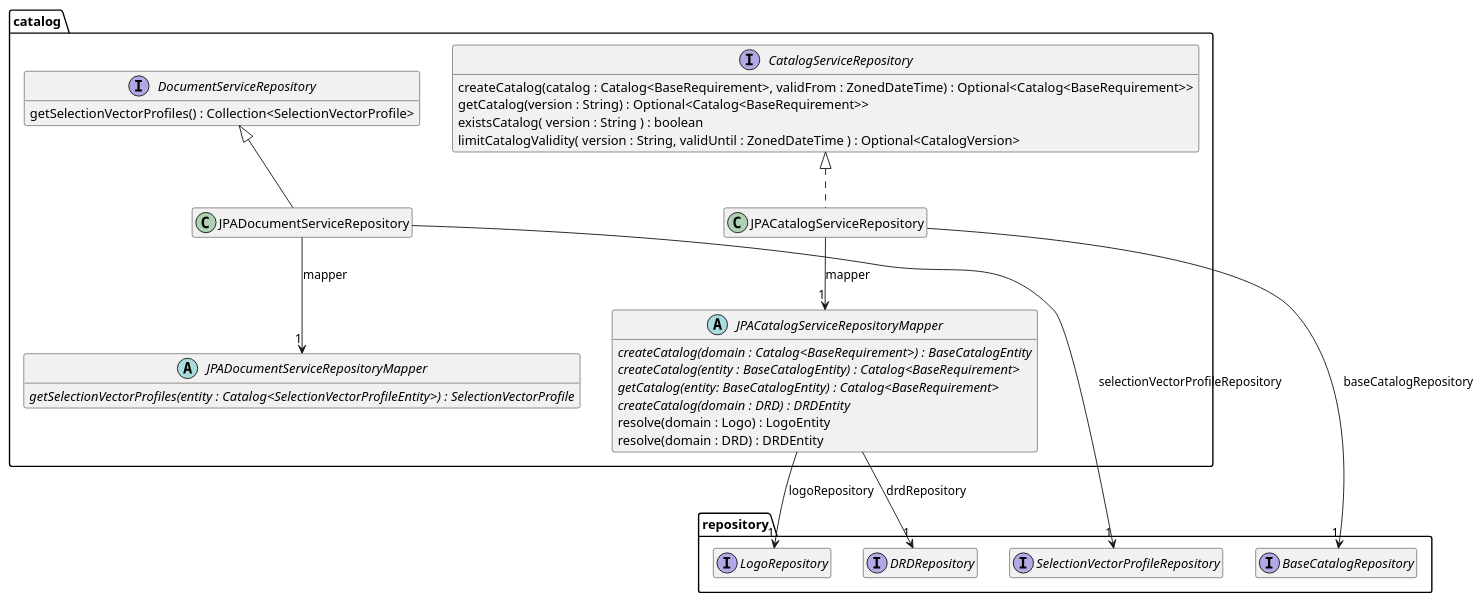
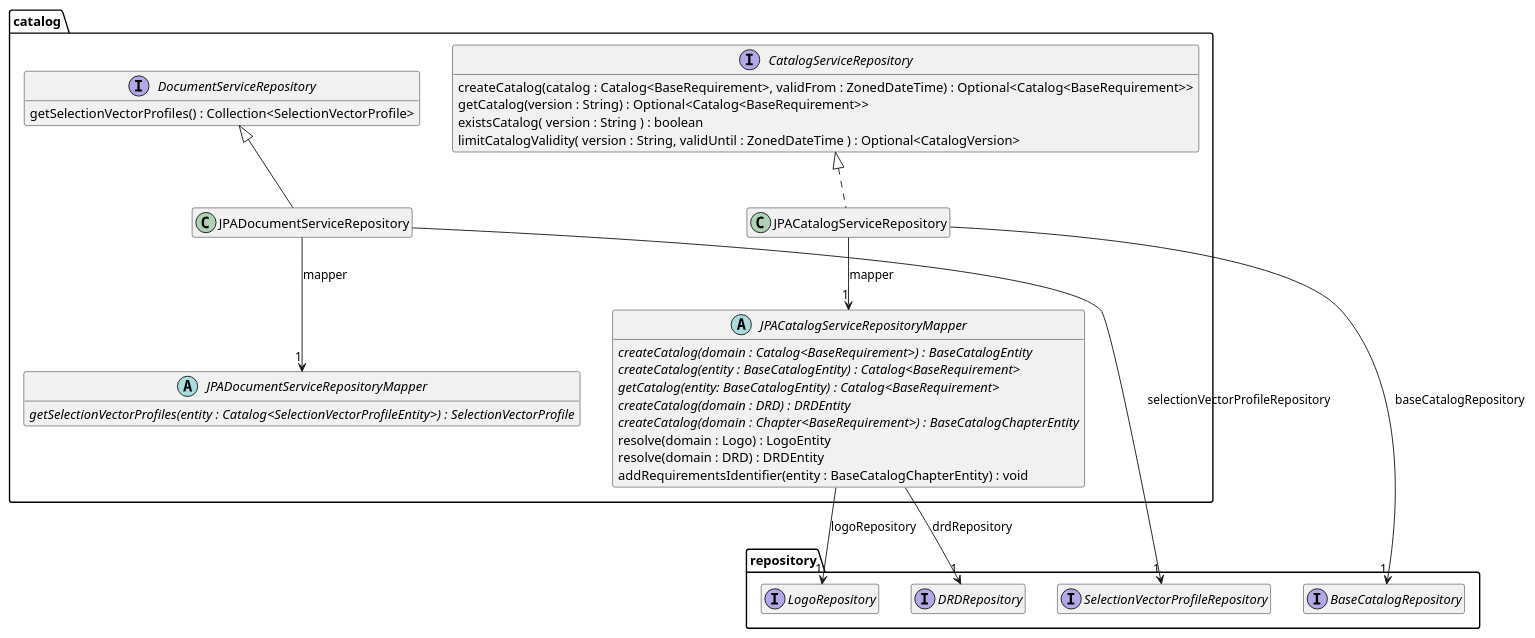
The diagram in src/site/arc42/plantuml/data-jpa/catalog/Ebene3.plantuml (tailoringexpert/platform), drawn with PlantUML before and after one commit. The commit also changed 6 other files, not shown here.

```diff
--- a/src/site/arc42/plantuml/data-jpa/catalog/Ebene3.plantuml
+++ b/src/site/arc42/plantuml/data-jpa/catalog/Ebene3.plantuml
@@ -1,52 +1,55 @@
 @startuml Ebene3.png
 hide empty members
 
 package repository {
     interface BaseCatalogRepository
     interface LogoRepository
     interface DRDRepository
     interface SelectionVectorProfileRepository
 
 }
 package catalog {
     interface CatalogServiceRepository {
         createCatalog(catalog : Catalog<BaseRequirement>, validFrom : ZonedDateTime) : Optional<Catalog<BaseRequirement>>
         getCatalog(version : String) : Optional<Catalog<BaseRequirement>>
         existsCatalog( version : String ) : boolean
         limitCatalogValidity( version : String, validUntil : ZonedDateTime ) : Optional<CatalogVersion>
     }
 
     abstract JPACatalogServiceRepositoryMapper {
         {abstract} createCatalog(domain : Catalog<BaseRequirement>) : BaseCatalogEntity
         {abstract} createCatalog(entity : BaseCatalogEntity) : Catalog<BaseRequirement>
         {abstract} getCatalog(entity: BaseCatalogEntity) : Catalog<BaseRequirement>
         {abstract} createCatalog(domain : DRD) : DRDEntity
+        {abstract} createCatalog(domain : Chapter<BaseRequirement>) : BaseCatalogChapterEntity
         resolve(domain : Logo) : LogoEntity
         resolve(domain : DRD) : DRDEntity
+        addRequirementsIdentifier(entity : BaseCatalogChapterEntity) : void
+
     }
     JPACatalogServiceRepositoryMapper --> "1" LogoRepository : logoRepository
     JPACatalogServiceRepositoryMapper --> "1" DRDRepository : drdRepository
 
     class JPACatalogServiceRepository {
     }
 
     CatalogServiceRepository <|.. JPACatalogServiceRepository
     JPACatalogServiceRepository --> "1" JPACatalogServiceRepositoryMapper : mapper
     JPACatalogServiceRepository --> "1" BaseCatalogRepository : baseCatalogRepository
 
     abstract JPADocumentServiceRepositoryMapper {
         {abstract} getSelectionVectorProfiles(entity : Catalog<SelectionVectorProfileEntity>) : SelectionVectorProfile
     }
 
     interface DocumentServiceRepository {
         getSelectionVectorProfiles() : Collection<SelectionVectorProfile>
     }
 
     class JPADocumentServiceRepository {
     }
     DocumentServiceRepository <|-- JPADocumentServiceRepository
     JPADocumentServiceRepository --> "1" JPADocumentServiceRepositoryMapper : mapper
     JPADocumentServiceRepository --> "1" SelectionVectorProfileRepository : selectionVectorProfileRepository
 }
 
 @enduml
```
